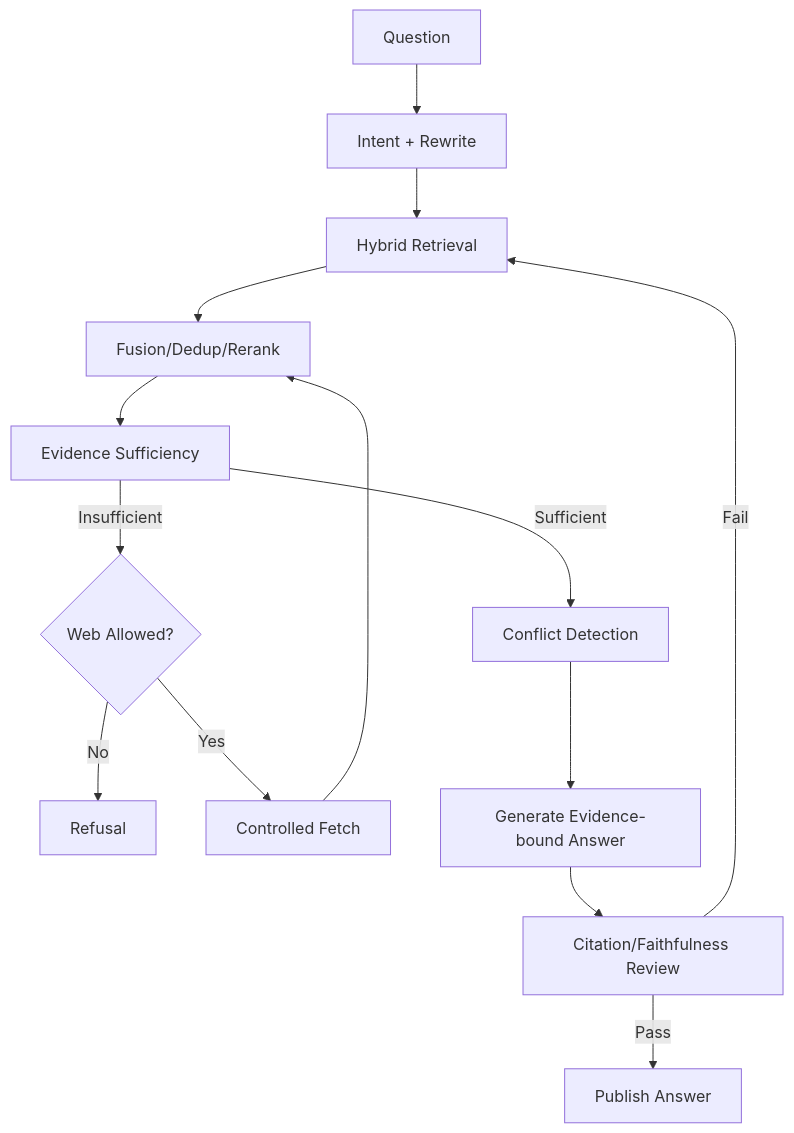
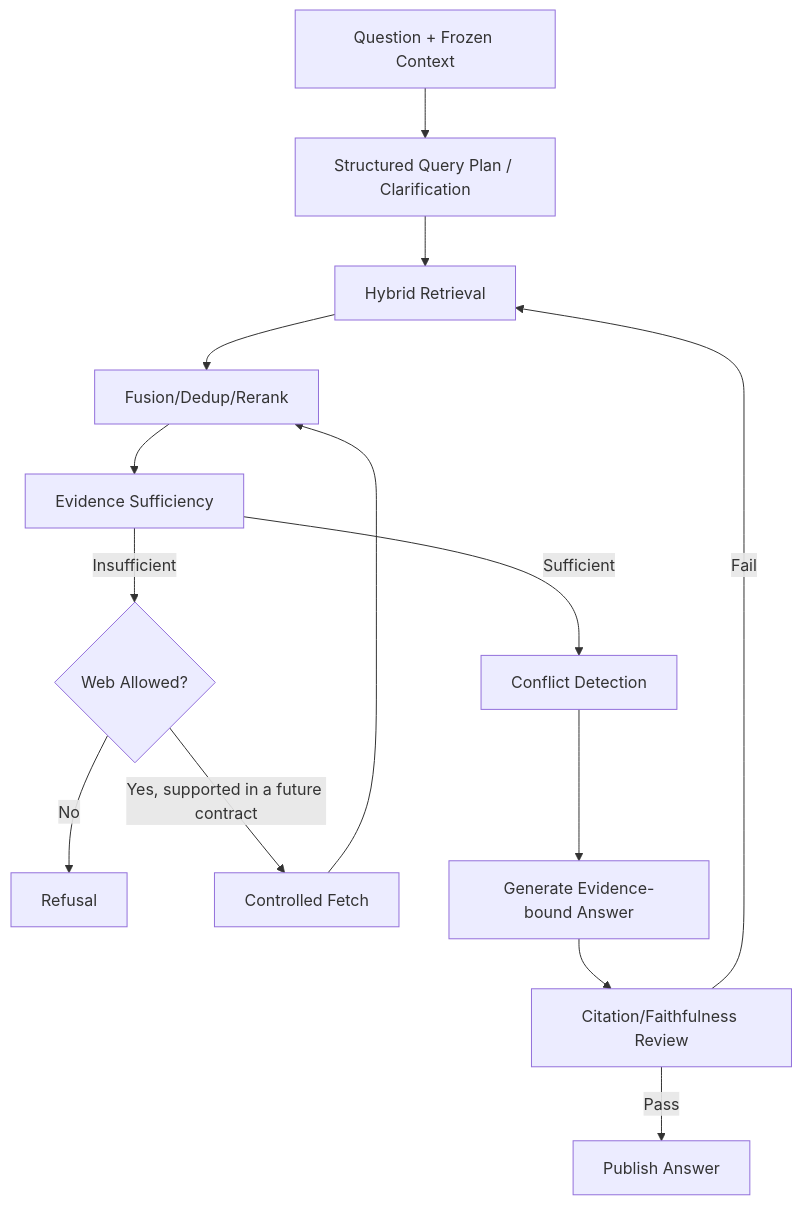
Before and after one commit to CodeZen-Lizhi/zhixu: the diagram in docs/architecture/workflows/04-rag-question-answering.md, drawn with Mermaid. The commit also changed other lines of this file and 15 other files, not shown here.

````diff
--- a/docs/architecture/workflows/04-rag-question-answering.md
+++ b/docs/architecture/workflows/04-rag-question-answering.md
@@ -17,16 +17,16 @@
 ```mermaid
 flowchart TD
-    A["Question"] --> B["Intent + Rewrite"]
+    A["Question + Frozen Context"] --> B["Structured Query Plan / Clarification"]
     B --> C["Hybrid Retrieval"]
     C --> D["Fusion/Dedup/Rerank"]
     D --> E["Evidence Sufficiency"]
     E -->|"Insufficient"| F{"Web Allowed?"}
     F -->|"No"| G["Refusal"]
-    F -->|"Yes"| H["Controlled Fetch"]
+    F -->|"Yes, supported in a future contract"| H["Controlled Fetch"]
     H --> D
     E -->|"Sufficient"| I["Conflict Detection"]
     I --> J["Generate Evidence-bound Answer"]
     J --> K["Citation/Faithfulness Review"]
     K -->|"Fail"| C
     K -->|"Pass"| L["Publish Answer"]
 ```
````
